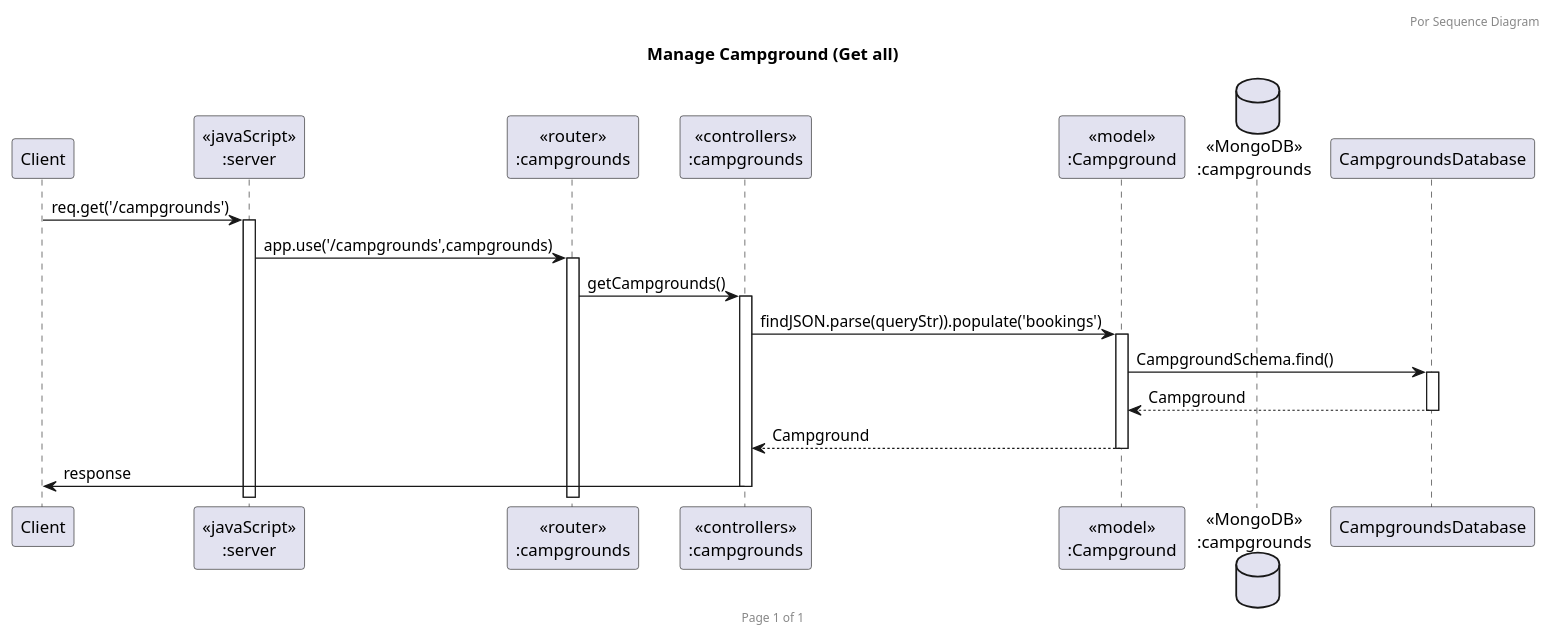
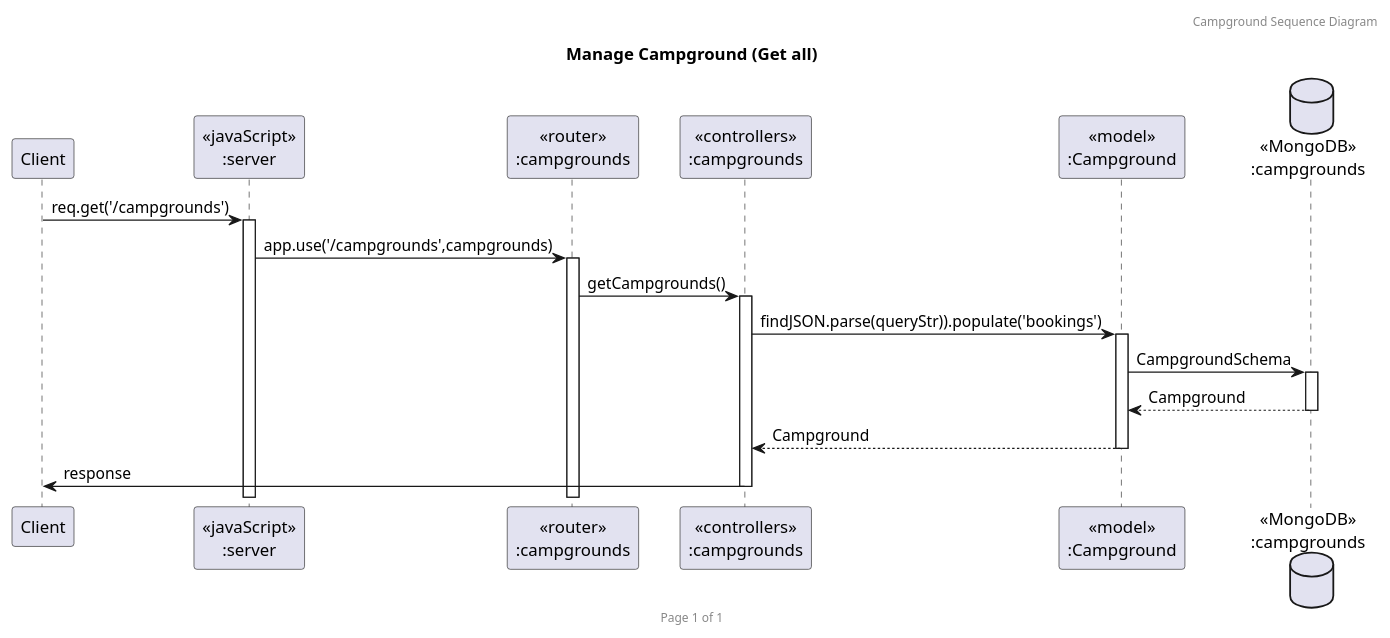
The diagram in puml/sequence_diagram/campgrounds/getall-campground.puml (2110503TACEDT66/presentation-day-1-por), drawn with PlantUML before and after one commit. The commit also changed 11 other files, not shown here.

```diff
--- a/puml/sequence_diagram/campgrounds/getall-campground.puml
+++ b/puml/sequence_diagram/campgrounds/getall-campground.puml
@@ -1,23 +1,23 @@
 @startuml getall-campground
 
-header Por Sequence Diagram
+header Campground Sequence Diagram
 footer Page %page% of %lastpage%
 title "Manage Campground (Get all)"
 
 participant "Client" as client
 participant "<<javaScript>>\n:server" as server
 participant "<<router>>\n:campgrounds" as routerCampgrounds
 participant "<<controllers>>\n:campgrounds" as controllersCampgrounds
 participant "<<model>>\n:Campground" as modelCampground
-database "<<MongoDB>>\n:campgrounds" as CampgroundDatabase
+database "<<MongoDB>>\n:campgrounds" as CampgroundsDatabase
 
 client->server ++:req.get('/campgrounds')
 server->routerCampgrounds ++:app.use('/campgrounds',campgrounds)
 routerCampgrounds -> controllersCampgrounds ++:getCampgrounds()
 controllersCampgrounds->modelCampground ++:findJSON.parse(queryStr)).populate('bookings')
-modelCampground ->CampgroundsDatabase ++: CampgroundSchema.find()
+modelCampground ->CampgroundsDatabase ++: CampgroundSchema
 CampgroundsDatabase --> modelCampground --: Campground
 controllersCampgrounds <-- modelCampground --:Campground
 controllersCampgrounds->client --:response
 
 @enduml
```
